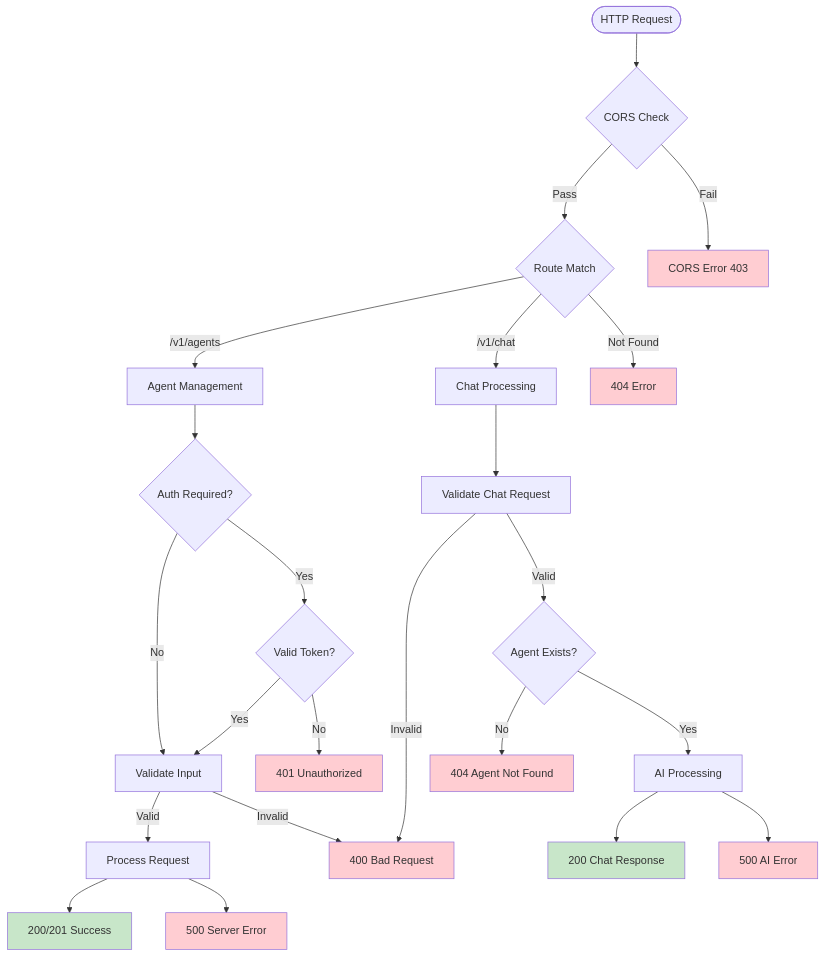
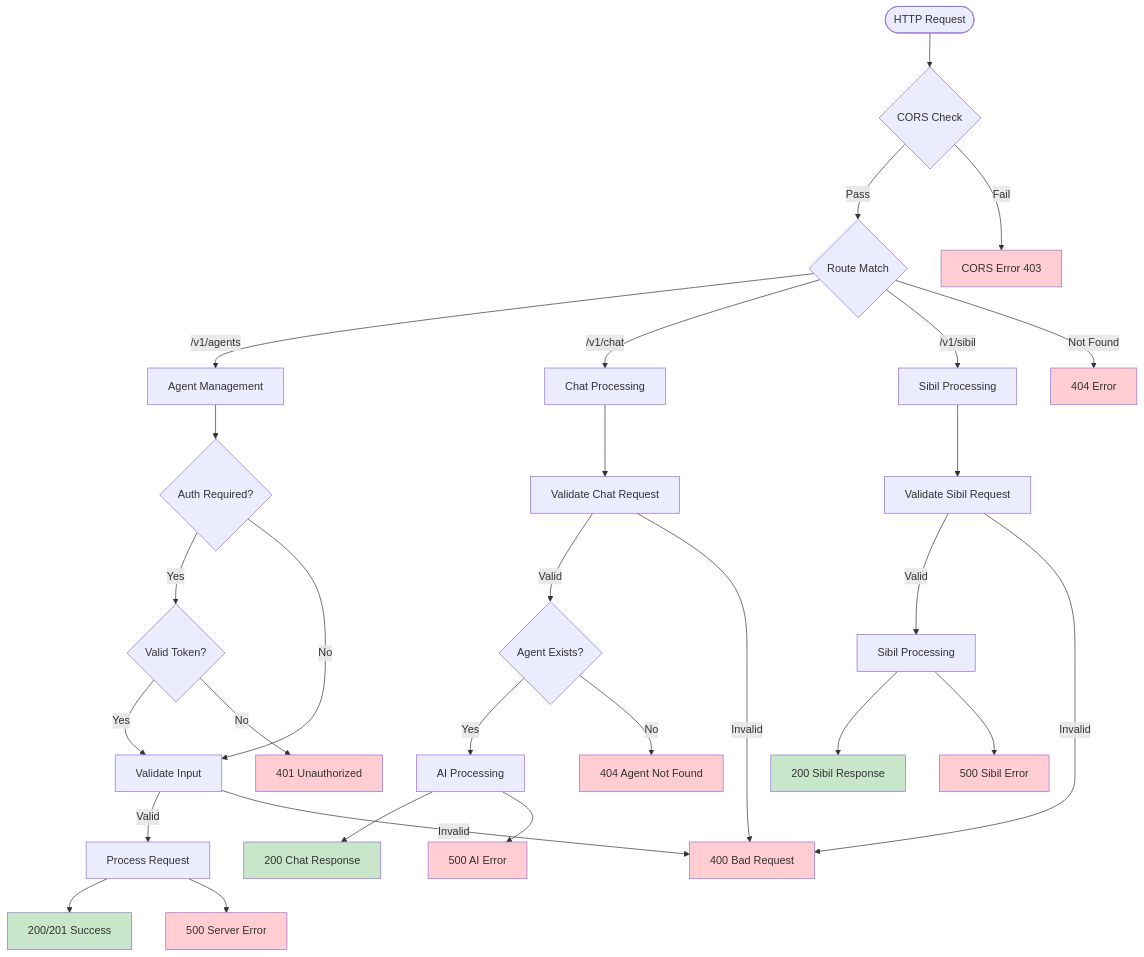
The fourth of 4 diagrams in docs/api-design.md (theingenuityco/starships.ai), drawn with Mermaid before and after one commit. The commit also changed other lines of this file and 8 other files, not shown here.

````diff
--- a/docs/api-design.md
+++ b/docs/api-design.md
@@ -44,40 +408,49 @@
 ```mermaid
 flowchart TD
     START([HTTP Request]) --> CORS{CORS Check}
     CORS -->|Pass| ROUTE{Route Match}
     CORS -->|Fail| CORS_ERROR[CORS Error 403]
     
     ROUTE -->|/v1/agents| AGENT_FLOW[Agent Management]
     ROUTE -->|/v1/chat| CHAT_FLOW[Chat Processing]
+    ROUTE -->|/v1/sibil| SIBIL_FLOW[Sibil Processing]
     ROUTE -->|Not Found| NOT_FOUND[404 Error]
     
     AGENT_FLOW --> AUTH{Auth Required?}
     AUTH -->|Yes| TOKEN{Valid Token?}
     AUTH -->|No| VALIDATE[Validate Input]
     TOKEN -->|Yes| VALIDATE
     TOKEN -->|No| AUTH_ERROR[401 Unauthorized]
     
     VALIDATE -->|Valid| PROCESS[Process Request]
     VALIDATE -->|Invalid| VALIDATION_ERROR[400 Bad Request]
     
     PROCESS --> SUCCESS[200/201 Success]
     PROCESS --> ERROR[500 Server Error]
     
     CHAT_FLOW --> CHAT_VALIDATE[Validate Chat Request]
     CHAT_VALIDATE -->|Valid| AGENT_CHECK{Agent Exists?}
     CHAT_VALIDATE -->|Invalid| VALIDATION_ERROR
     AGENT_CHECK -->|Yes| AI_PROCESS[AI Processing]
     AGENT_CHECK -->|No| AGENT_NOT_FOUND[404 Agent Not Found]
     AI_PROCESS --> CHAT_SUCCESS[200 Chat Response]
     AI_PROCESS --> AI_ERROR[500 AI Error]
     
+    SIBIL_FLOW --> SIBIL_VALIDATE[Validate Sibil Request]
+    SIBIL_VALIDATE -->|Valid| SIBIL_PROCESS[Sibil Processing]
+    SIBIL_VALIDATE -->|Invalid| VALIDATION_ERROR
+    SIBIL_PROCESS --> SIBIL_SUCCESS[200 Sibil Response]
+    SIBIL_PROCESS --> SIBIL_ERROR[500 Sibil Error]
+    
     style SUCCESS fill:#c8e6c9
     style CHAT_SUCCESS fill:#c8e6c9
+    style SIBIL_SUCCESS fill:#c8e6c9
     style CORS_ERROR fill:#ffcdd2
     style AUTH_ERROR fill:#ffcdd2
     style VALIDATION_ERROR fill:#ffcdd2
     style NOT_FOUND fill:#ffcdd2
     style ERROR fill:#ffcdd2
     style AI_ERROR fill:#ffcdd2
+    style SIBIL_ERROR fill:#ffcdd2
     style AGENT_NOT_FOUND fill:#ffcdd2
 ```
````
